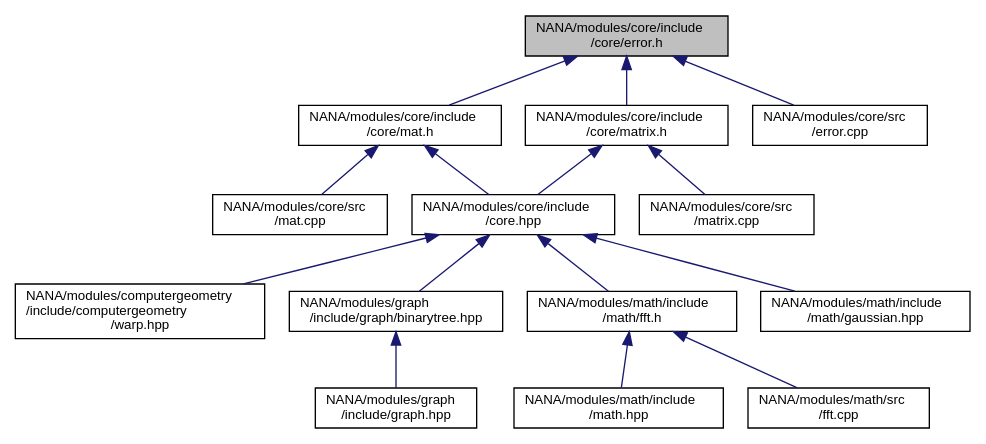
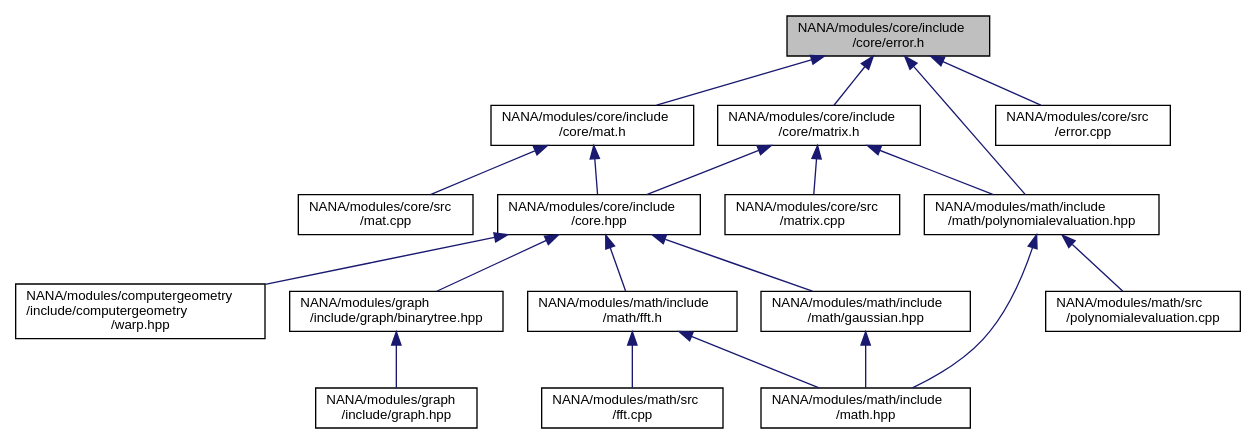
One commit to YuruTu/NANA changed the diagram in docs/error_8h__dep__incl.dot. Above: the diagram before and after it, drawn with Graphviz. The commit also changed 80 other files, not shown here.

```diff
--- a/docs/error_8h__dep__incl.dot
+++ b/docs/error_8h__dep__incl.dot
@@ -1,34 +1,41 @@
 digraph "NANA/modules/core/include/core/error.h"
 {
  // LATEX_PDF_SIZE
   edge [fontname="Helvetica",fontsize="10",labelfontname="Helvetica",labelfontsize="10"];
   node [fontname="Helvetica",fontsize="10",shape=record];
   Node1 [label="NANA/modules/core/include\l/core/error.h",height=0.2,width=0.4,color="black", fillcolor="grey75", style="filled", fontcolor="black",tooltip="用于抛出异常，移植自OpenCV"];
   Node1 -> Node2 [dir="back",color="midnightblue",fontsize="10",style="solid",fontname="Helvetica"];
   Node2 [label="NANA/modules/core/include\l/core/mat.h",height=0.2,width=0.4,color="black", fillcolor="white", style="filled",URL="$mat_8h.html",tooltip="实现一个用于矩阵运算的模板类(仍在实现当中)"];
   Node2 -> Node3 [dir="back",color="midnightblue",fontsize="10",style="solid",fontname="Helvetica"];
   Node3 [label="NANA/modules/core/include\l/core.hpp",height=0.2,width=0.4,color="black", fillcolor="white", style="filled",URL="$core_8hpp.html",tooltip="包含基本的数据结构等"];
   Node3 -> Node4 [dir="back",color="midnightblue",fontsize="10",style="solid",fontname="Helvetica"];
   Node4 [label="NANA/modules/computergeometry\l/include/computergeometry\l/warp.hpp",height=0.2,width=0.4,color="black", fillcolor="white", style="filled",URL="$warp_8hpp.html",tooltip="实现点集的仿射变换和透视变换"];
   Node3 -> Node5 [dir="back",color="midnightblue",fontsize="10",style="solid",fontname="Helvetica"];
   Node5 [label="NANA/modules/graph\l/include/graph/binarytree.hpp",height=0.2,width=0.4,color="black", fillcolor="white", style="filled",URL="$binarytree_8hpp.html",tooltip="实现二叉树的模板"];
   Node5 -> Node6 [dir="back",color="midnightblue",fontsize="10",style="solid",fontname="Helvetica"];
   Node6 [label="NANA/modules/graph\l/include/graph.hpp",height=0.2,width=0.4,color="black", fillcolor="white", style="filled",URL="$graph_8hpp.html",tooltip="实现图论相关算法"];
   Node3 -> Node7 [dir="back",color="midnightblue",fontsize="10",style="solid",fontname="Helvetica"];
   Node7 [label="NANA/modules/math/include\l/math/fft.h",height=0.2,width=0.4,color="black", fillcolor="white", style="filled",URL="$fft_8h_source.html",tooltip=" "];
   Node7 -> Node8 [dir="back",color="midnightblue",fontsize="10",style="solid",fontname="Helvetica"];
   Node8 [label="NANA/modules/math/include\l/math.hpp",height=0.2,width=0.4,color="black", fillcolor="white", style="filled",URL="$math_8hpp.html",tooltip="实现基本的数学运算"];
   Node7 -> Node9 [dir="back",color="midnightblue",fontsize="10",style="solid",fontname="Helvetica"];
   Node9 [label="NANA/modules/math/src\l/fft.cpp",height=0.2,width=0.4,color="black", fillcolor="white", style="filled",URL="$fft_8cpp_source.html",tooltip=" "];
   Node3 -> Node10 [dir="back",color="midnightblue",fontsize="10",style="solid",fontname="Helvetica"];
   Node10 [label="NANA/modules/math/include\l/math/gaussian.hpp",height=0.2,width=0.4,color="black", fillcolor="white", style="filled",URL="$gaussian_8hpp.html",tooltip="实现高斯相关的算法"];
+  Node10 -> Node8 [dir="back",color="midnightblue",fontsize="10",style="solid",fontname="Helvetica"];
   Node2 -> Node11 [dir="back",color="midnightblue",fontsize="10",style="solid",fontname="Helvetica"];
   Node11 [label="NANA/modules/core/src\l/mat.cpp",height=0.2,width=0.4,color="black", fillcolor="white", style="filled",URL="$mat_8cpp.html",tooltip="实现Mat的相关功能"];
   Node1 -> Node12 [dir="back",color="midnightblue",fontsize="10",style="solid",fontname="Helvetica"];
   Node12 [label="NANA/modules/core/include\l/core/matrix.h",height=0.2,width=0.4,color="black", fillcolor="white", style="filled",URL="$matrix_8h.html",tooltip="简单矩阵类(效率不高，但易于理解，很多时候会触发复制构造函数)，不同于Mat"];
   Node12 -> Node3 [dir="back",color="midnightblue",fontsize="10",style="solid",fontname="Helvetica"];
   Node12 -> Node13 [dir="back",color="midnightblue",fontsize="10",style="solid",fontname="Helvetica"];
   Node13 [label="NANA/modules/core/src\l/matrix.cpp",height=0.2,width=0.4,color="black", fillcolor="white", style="filled",URL="$matrix_8cpp.html",tooltip="简单矩阵类的实现"];
+  Node12 -> Node14 [dir="back",color="midnightblue",fontsize="10",style="solid",fontname="Helvetica"];
+  Node14 [label="NANA/modules/math/include\l/math/polynomialevaluation.hpp",height=0.2,width=0.4,color="black", fillcolor="white", style="filled",URL="$polynomialevaluation_8hpp_source.html",tooltip=" "];
+  Node14 -> Node8 [dir="back",color="midnightblue",fontsize="10",style="solid",fontname="Helvetica"];
+  Node14 -> Node15 [dir="back",color="midnightblue",fontsize="10",style="solid",fontname="Helvetica"];
+  Node15 [label="NANA/modules/math/src\l/polynomialevaluation.cpp",height=0.2,width=0.4,color="black", fillcolor="white", style="filled",URL="$polynomialevaluation_8cpp_source.html",tooltip=" "];
+  Node1 -> Node16 [dir="back",color="midnightblue",fontsize="10",style="solid",fontname="Helvetica"];
+  Node16 [label="NANA/modules/core/src\l/error.cpp",height=0.2,width=0.4,color="black", fillcolor="white", style="filled",URL="$error_8cpp_source.html",tooltip=" "];
   Node1 -> Node14 [dir="back",color="midnightblue",fontsize="10",style="solid",fontname="Helvetica"];
-  Node14 [label="NANA/modules/core/src\l/error.cpp",height=0.2,width=0.4,color="black", fillcolor="white", style="filled",URL="$error_8cpp_source.html",tooltip=" "];
 }
```
